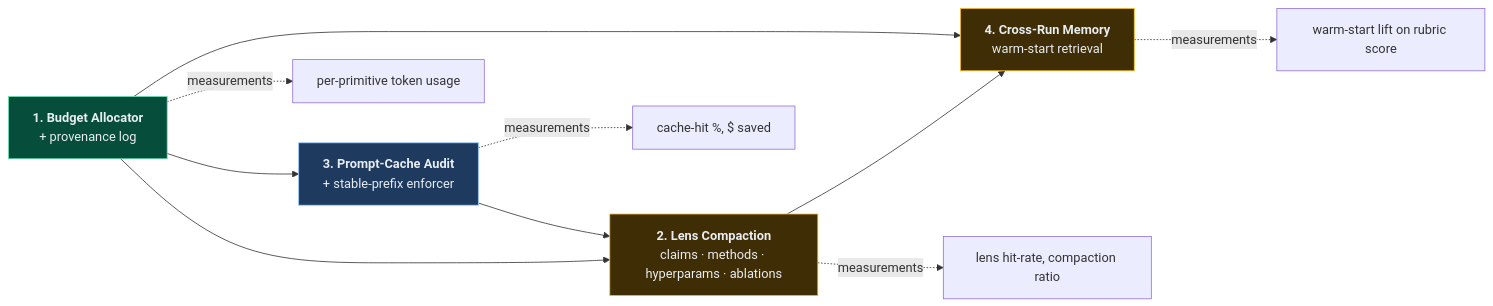
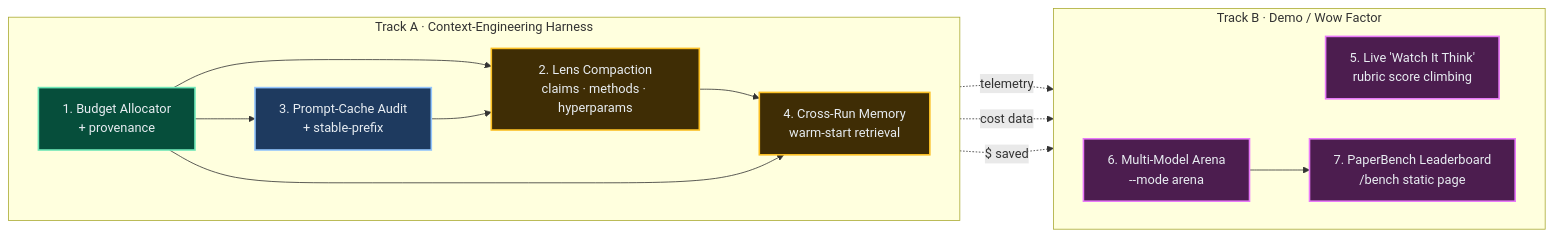
The first of 4 diagrams in docs/design/context-harness-plan.md (armaanamatya/openresearch), drawn with Mermaid before and after one commit. The commit also changed other lines of this file and 4 other files, not shown here.

First line of the commit message:
docs: add demo track + pre-rendered PNGs + Discord-ready post

````diff
--- a/docs/design/context-harness-plan.md
+++ b/docs/design/context-harness-plan.md
@@ -28,19 +37,30 @@
 ```mermaid
 flowchart LR
-    A["<b>1. Budget Allocator</b><br/>+ provenance log"] --> B["<b>3. Prompt-Cache Audit</b><br/>+ stable-prefix enforcer"]
-    A --> C["<b>2. Lens Compaction</b><br/>claims · methods · hyperparams · ablations"]
-    B --> C
-    C --> D["<b>4. Cross-Run Memory</b><br/>warm-start retrieval"]
-    A --> D
-    A -.measurements.-> Metric1["per-primitive token usage"]
-    B -.measurements.-> Metric2["cache-hit %, $ saved"]
-    C -.measurements.-> Metric3["lens hit-rate, compaction ratio"]
-    D -.measurements.-> Metric4["warm-start lift on rubric score"]
+    subgraph harness["Track A · Context-Engineering Harness"]
+        direction LR
+        A["1. Budget Allocator<br/>+ provenance"] --> B["3. Prompt-Cache Audit<br/>+ stable-prefix"]
+        A --> C["2. Lens Compaction<br/>claims · methods · hyperparams"]
+        B --> C
+        C --> D["4. Cross-Run Memory<br/>warm-start retrieval"]
+        A --> D
+    end
+    subgraph demo["Track B · Demo / Wow Factor"]
+        direction LR
+        E["5. Live 'Watch It Think'<br/>rubric score climbing"]
+        F["6. Multi-Model Arena<br/>--mode arena"]
+        G["7. PaperBench Leaderboard<br/>/bench static page"]
+    end
+    A -. telemetry .-> E
+    A -. cost data .-> G
+    B -. $ saved .-> G
+    F --> G
 
-    classDef done fill:#064e3b,stroke:#6ee7b7,color:#e8edf2
-    classDef next fill:#1e3a5f,stroke:#93c5fd,color:#e8edf2
-    classDef later fill:#3f2d05,stroke:#fbbf24,color:#e8edf2
+    classDef done fill:#064e3b,stroke:#6ee7b7,color:#e8edf2,stroke-width:2px
+    classDef next fill:#1e3a5f,stroke:#93c5fd,color:#e8edf2,stroke-width:2px
+    classDef later fill:#3f2d05,stroke:#fbbf24,color:#e8edf2,stroke-width:2px
+    classDef wow fill:#4c1d4f,stroke:#e879f9,color:#e8edf2,stroke-width:2px
     class A done
     class B next
     class C,D later
+    class E,F,G wow
 ```
````
